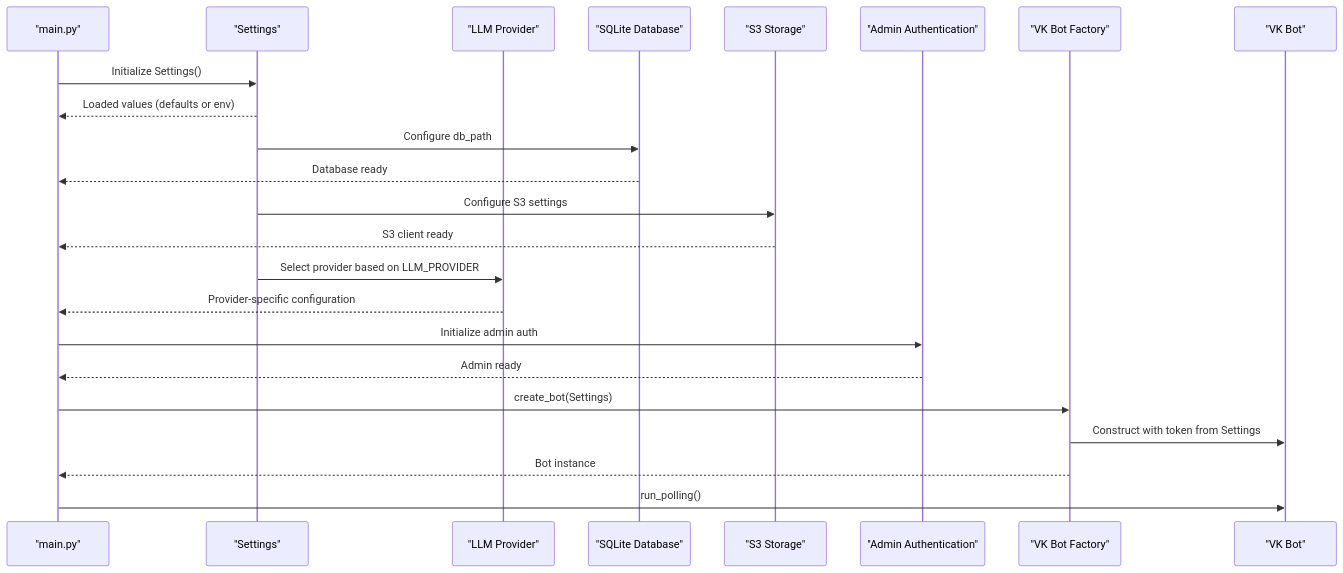
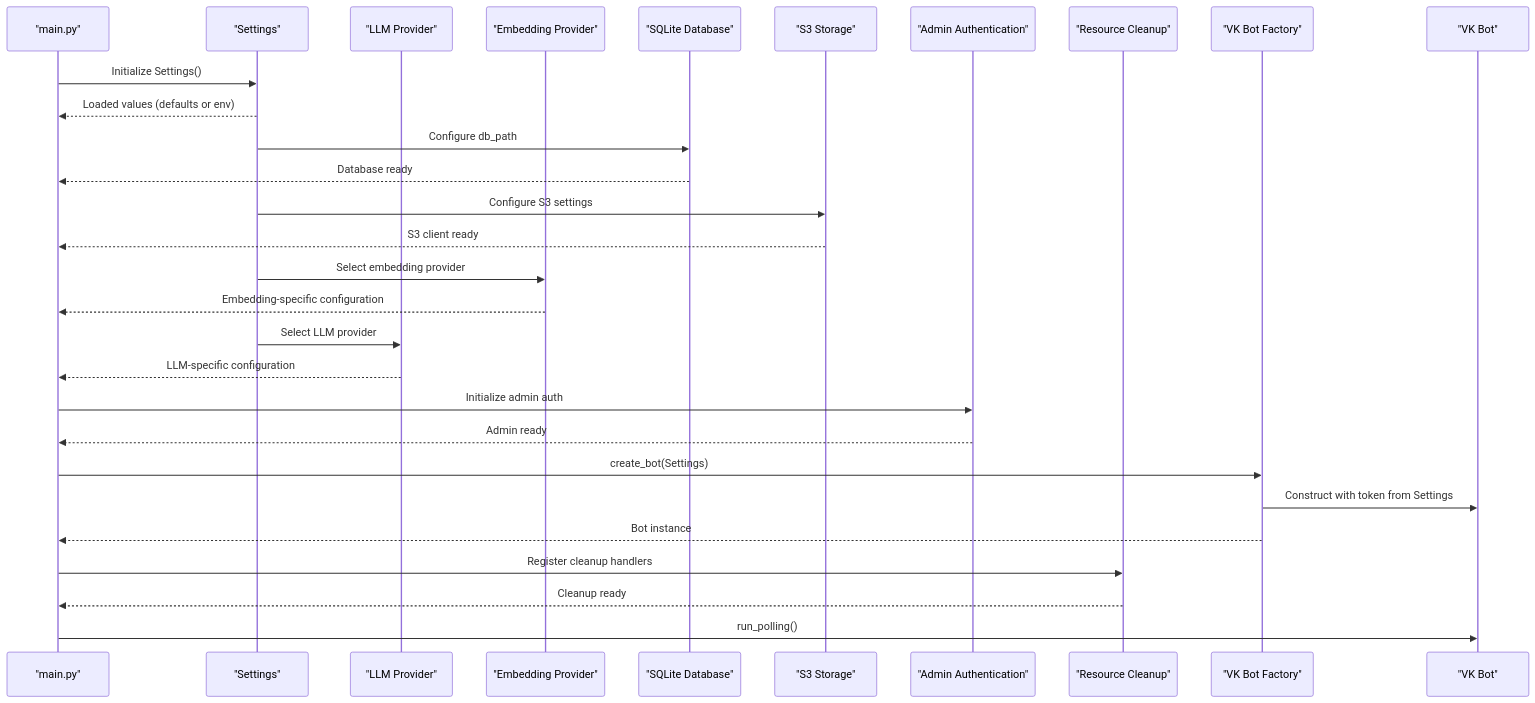
One commit to ognelis/cafetera_hr_bot changed the second of 10 diagrams in .qoder/repowiki/en/content/Configuration Management.md. Above: the diagram before and after it, drawn with Mermaid. The commit also changed other lines of this file and 7 other files, not shown here.

````diff
--- a/.qoder/repowiki/en/content/Configuration Management.md
+++ b/.qoder/repowiki/en/content/Configuration Management.md
@@ -134,25 +158,31 @@
 ```mermaid
 sequenceDiagram
 participant Script as "main.py"
 participant Settings as "Settings"
 participant Provider as "LLM Provider"
+participant EmbeddingProvider as "Embedding Provider"
 participant Storage as "SQLite Database"
 participant S3Storage as "S3 Storage"
 participant AdminAuth as "Admin Authentication"
+participant Cleanup as "Resource Cleanup"
 participant VKBot as "VK Bot Factory"
 participant VK as "VK Bot"
 Script->>Settings : Initialize Settings()
 Settings-->>Script : Loaded values (defaults or env)
 Settings->>Storage : Configure db_path
 Storage-->>Script : Database ready
 Settings->>S3Storage : Configure S3 settings
 S3Storage-->>Script : S3 client ready
-Settings->>Provider : Select provider based on LLM_PROVIDER
-Provider-->>Script : Provider-specific configuration
+Settings->>EmbeddingProvider : Select embedding provider
+EmbeddingProvider-->>Script : Embedding-specific configuration
+Settings->>Provider : Select LLM provider
+Provider-->>Script : LLM-specific configuration
 Script->>AdminAuth : Initialize admin auth
 AdminAuth-->>Script : Admin ready
 Script->>VKBot : create_bot(Settings)
 VKBot->>VK : Construct with token from Settings
 VKBot-->>Script : Bot instance
+Script->>Cleanup : Register cleanup handlers
+Cleanup-->>Script : Cleanup ready
 Script->>VK : run_polling()
 ```
````
